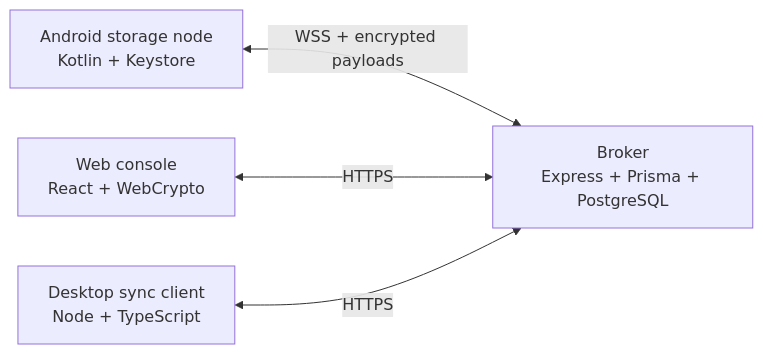
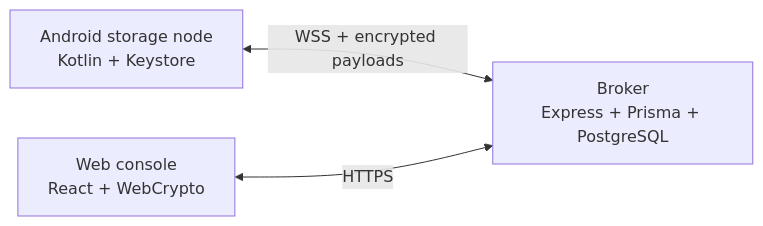
Before and after one commit to vedant-kawale-27/Stashly: the diagram in README.md, drawn with Mermaid. The commit also changed other lines of this file and 5 other files, not shown here.

First line of the commit message:
refactor: remove desktop sync client

````diff
--- a/README.md
+++ b/README.md
@@ -9,6 +9,5 @@
 ```mermaid
 graph LR
   Android["Android storage node<br/>Kotlin + Keystore"] <-->|"WSS + encrypted payloads"| Broker["Broker<br/>Express + Prisma + PostgreSQL"]
   Web["Web console<br/>React + WebCrypto"] <-->|"HTTPS"| Broker
-  Desktop["Desktop sync client<br/>Node + TypeScript"] <-->|"HTTPS"| Broker
 ```
````
